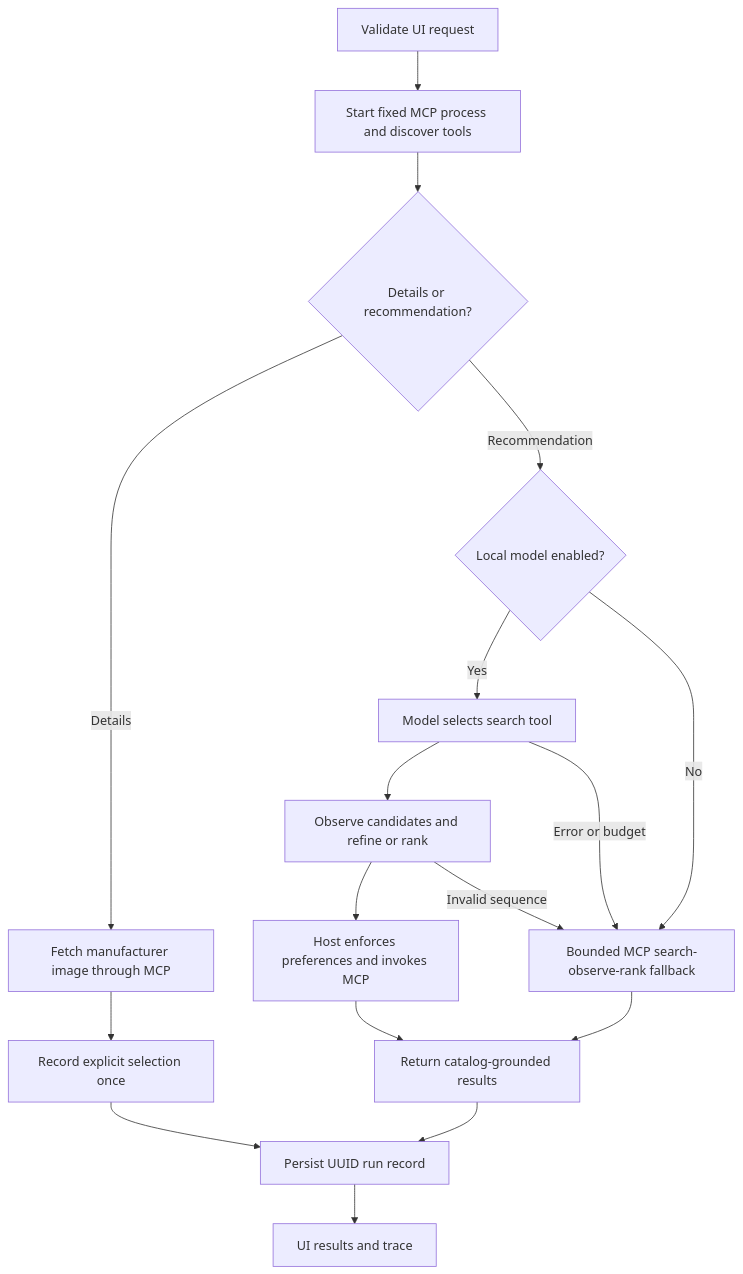
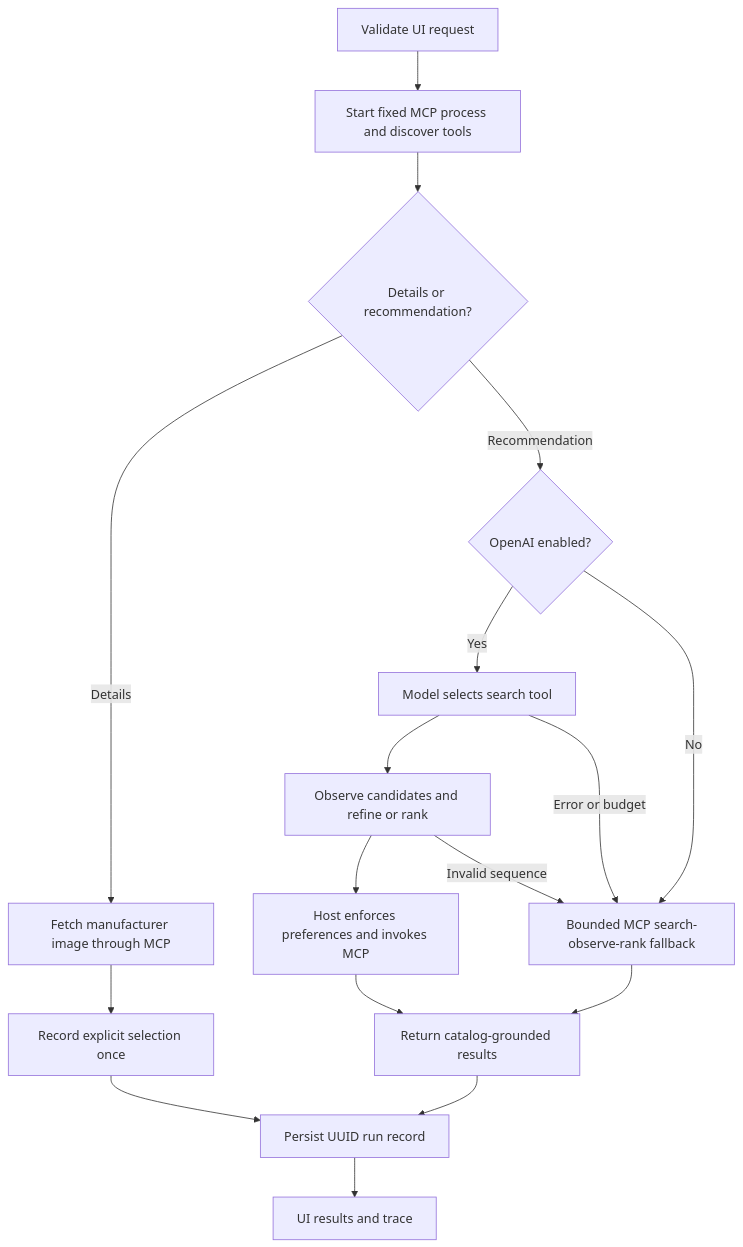
One commit to dougwalkerextension-sketch/disc-bag-advisor changed the diagram in AGENT_FRAMEWORK.md. Above: the diagram before and after it, drawn with Mermaid. The commit also changed other lines of this file and 12 other files, not shown here.

Commit message:
Replace local LLM with server-side OpenAI Responses agent and MCP tools

````diff
--- a/AGENT_FRAMEWORK.md
+++ b/AGENT_FRAMEWORK.md
@@ -7,19 +7,19 @@
 ```mermaid
 flowchart TD
   A[Validate UI request] --> B[Start fixed MCP process and discover tools]
   B --> C{Details or recommendation?}
   C -- Details --> D[Fetch manufacturer image through MCP]
   D --> E[Record explicit selection once]
-  C -- Recommendation --> F{Local model enabled?}
+  C -- Recommendation --> F{OpenAI enabled?}
   F -- Yes --> G[Model selects search tool]
   G --> H[Observe candidates and refine or rank]
   H --> I[Host enforces preferences and invokes MCP]
   G -- Error or budget --> J[Bounded MCP search-observe-rank fallback]
   H -- Invalid sequence --> J
   F -- No --> J
   I --> K[Return catalog-grounded results]
   J --> K
   E --> L[Persist UUID run record]
   K --> L
   L --> M[UI results and trace]
 ```
````
